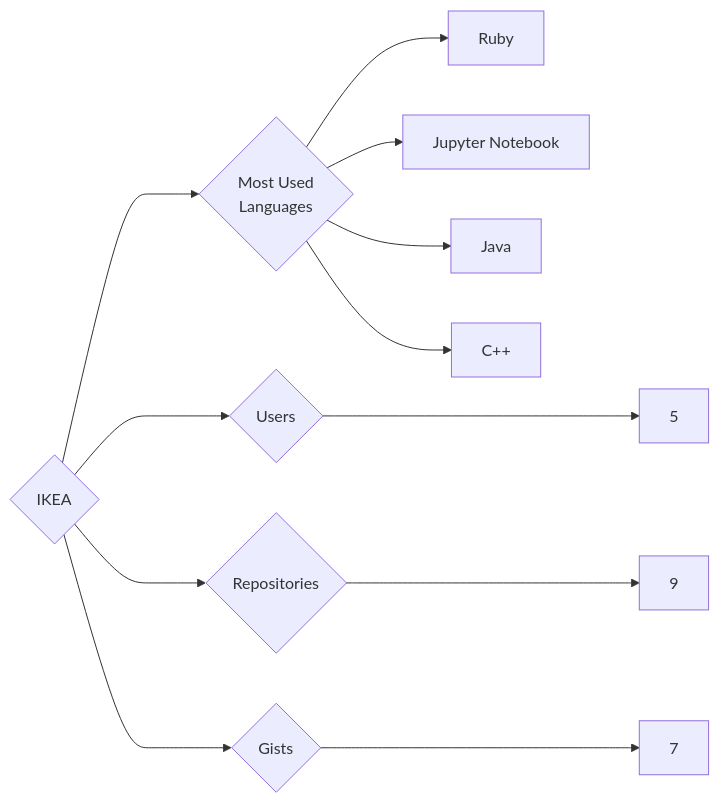
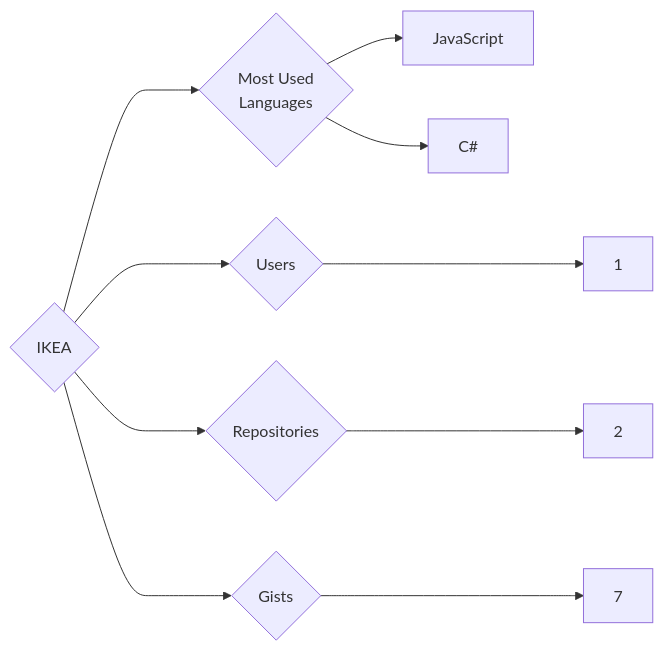
One commit to trickest/insiders changed the diagram in targets/IKEA/README.md. Above: the diagram before and after it, drawn with Mermaid. The commit also changed 815 other files, not shown here.

````diff
--- a/targets/IKEA/README.md
+++ b/targets/IKEA/README.md
@@ -3,12 +3,10 @@
 ```mermaid
 graph LR
 COMPANY_NAME{IKEA}
-COMPANY_NAME ---> U{Users} ---> UN[5]
-COMPANY_NAME ---> R{Repositories} ---> RN[9]
+COMPANY_NAME ---> U{Users} ---> UN[1]
+COMPANY_NAME ---> R{Repositories} ---> RN[2]
 COMPANY_NAME ---> G{Gists} ---> GN[7]
 COMPANY_NAME ---> ML{Most Used<br>Languages}
-ML --> Ruby[Ruby]
-ML --> Jupyter_Notebook[Jupyter Notebook]
-ML --> Java[Java]
-ML --> C++[C++]
+ML --> JavaScript[JavaScript]
+ML --> C#[C#]
 ```
````
